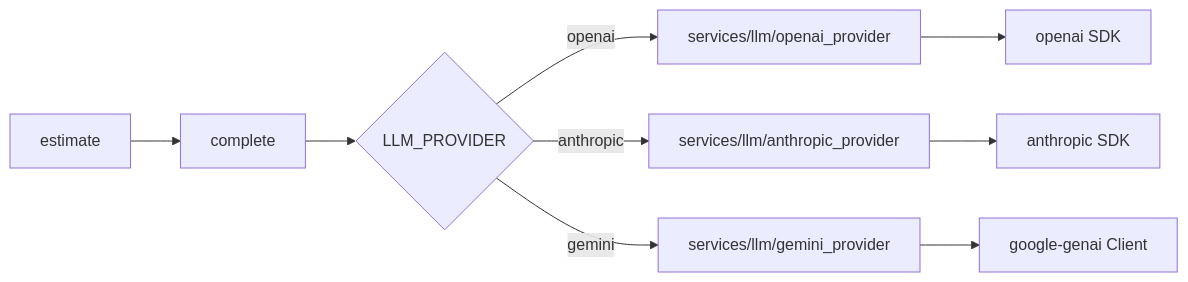
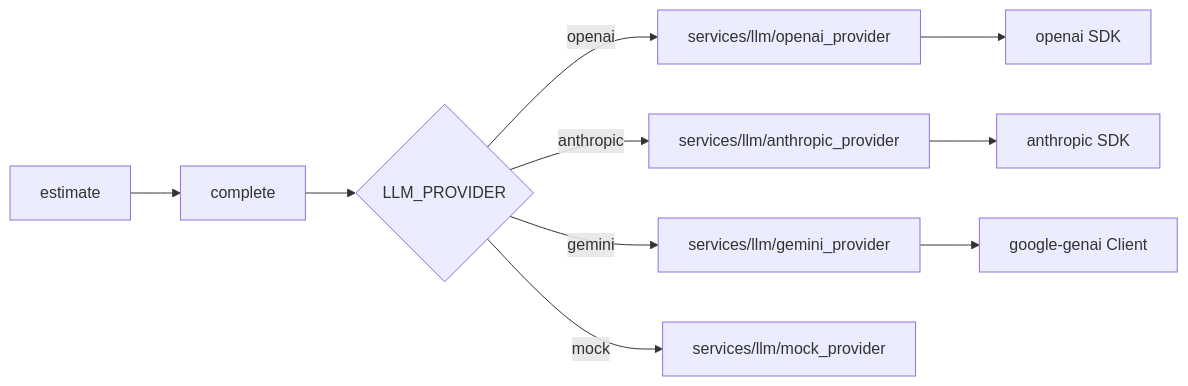
The third of 4 diagrams in docs/ARCHITECTURE.md (osuarez1/cag-estimator), drawn with Mermaid before and after one commit. The commit also changed other lines of this file, not shown here.

First line of the commit message:
docs(architecture): document mock LLM provider option

````diff
--- a/docs/ARCHITECTURE.md
+++ b/docs/ARCHITECTURE.md
@@ -150,11 +150,12 @@
 ```mermaid
 flowchart LR
   estimate[estimate] --> complete[complete]
   complete --> dispatch{LLM_PROVIDER}
   dispatch -->|openai| oa[services/llm/openai_provider]
   dispatch -->|anthropic| an[services/llm/anthropic_provider]
   dispatch -->|gemini| ge[services/llm/gemini_provider]
+  dispatch -->|mock| mk[services/llm/mock_provider]
   oa --> sdkO[openai SDK]
   an --> sdkA[anthropic SDK]
   ge --> sdkG[google-genai Client]
 ```
````
